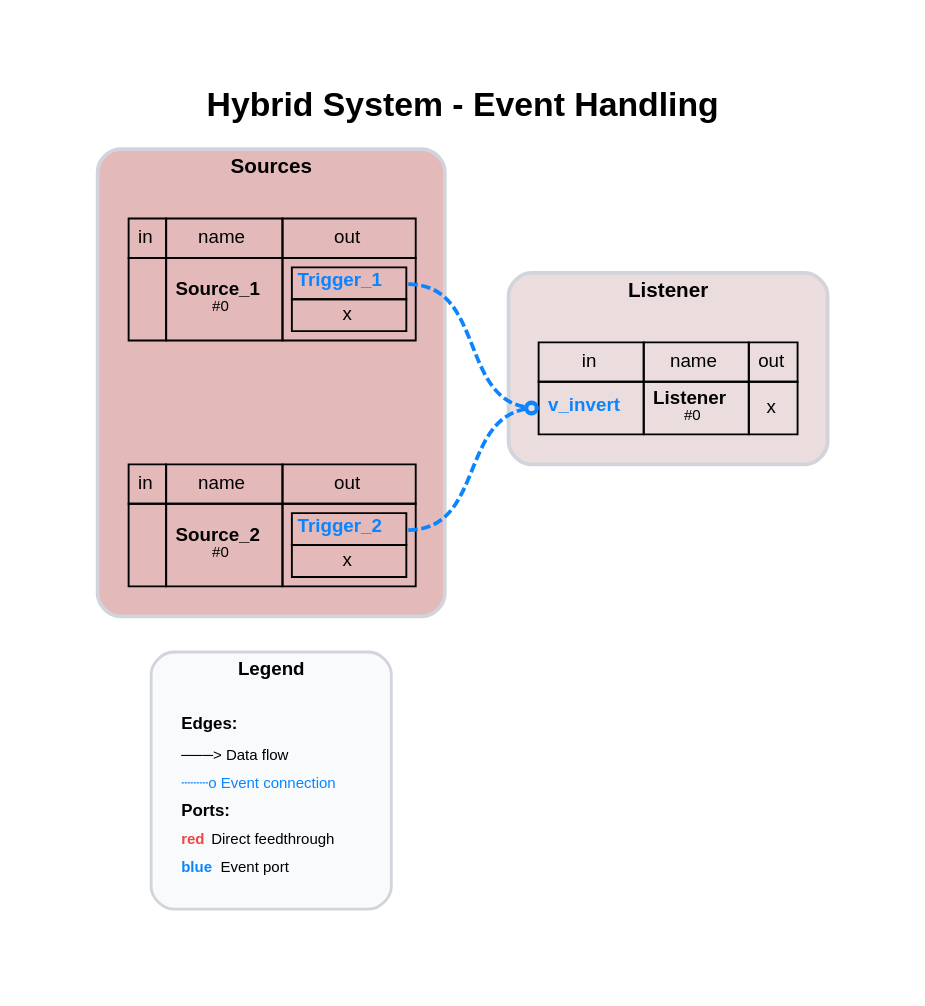
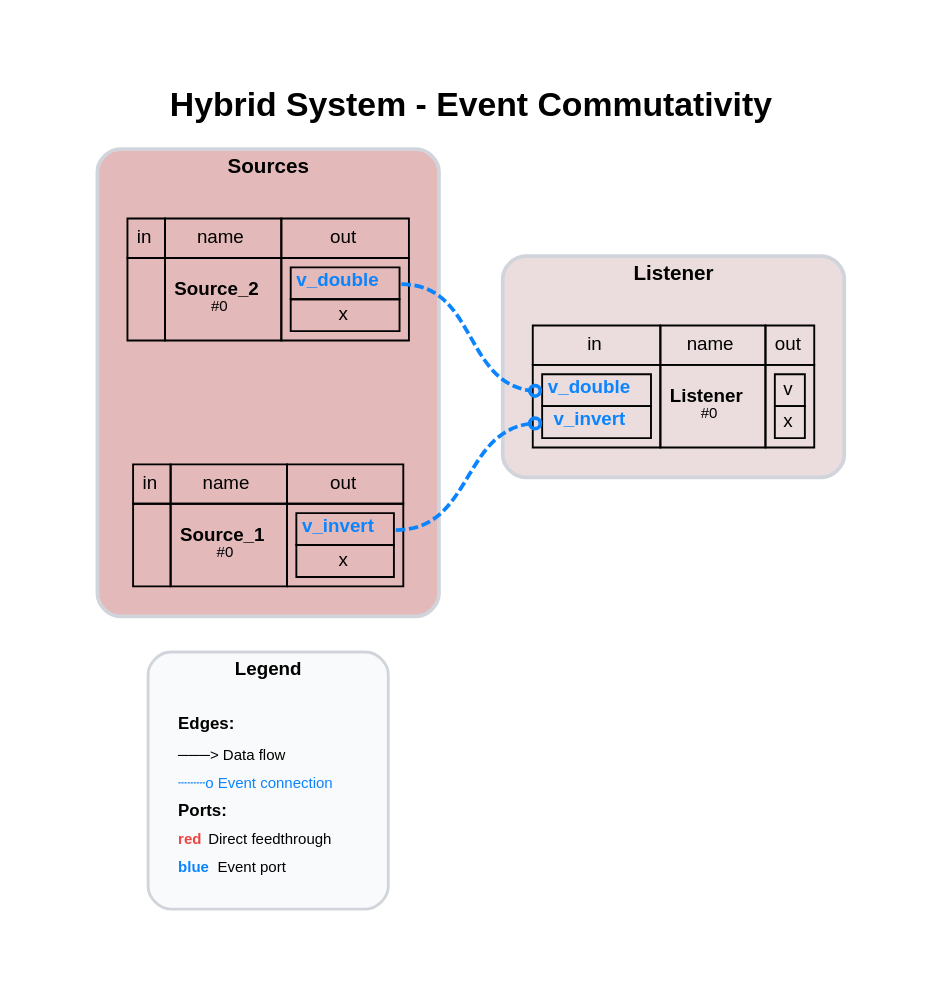
Before and after one commit to FlorianFrech/SystemSimulation: the diagram in demos/ControlledPendulum/MyModels/Hybrid/Digraph.gv, drawn with Graphviz. The commit also changed 24 other files, not shown here.

```diff
--- a/demos/ControlledPendulum/MyModels/Hybrid/Digraph.gv
+++ b/demos/ControlledPendulum/MyModels/Hybrid/Digraph.gv
@@ -1,30 +1,30 @@
-// System: Hybrid System - Event Handling
+// System: Hybrid System - Event Commutativity
 digraph {
-	graph [bgcolor=white compound=true esep=0 fontname="Helvetica-Bold" fontsize=18 label="Hybrid System - Event Handling" labelloc=t margin=0.2 nodesep=0.8 pad=0.5 rankdir=LR ranksep=0.8 sep=0 splines=true]
+	graph [bgcolor=white compound=true esep=0 fontname="Helvetica-Bold" fontsize=18 label="Hybrid System - Event Commutativity" labelloc=t margin=0.2 nodesep=0.8 pad=0.5 rankdir=LR ranksep=0.8 sep=0 splines=true]
 	node [fillcolor=white fontname=Helvetica fontsize=10 margin="0.05,0.05" shape=plaintext style=""]
 	edge [arrowhead=vee arrowsize=0.7 arrowtail=none color="#111827" dir=forward fontname=Helvetica fontsize=10 labelangle=45 labelfontcolor="#374151" minlen=1.2 penwidth=1.2]
 	subgraph cluster_legend {
 		bgcolor="#f9fafb" color="#d1d5db" fontname="Helvetica-Bold" fontsize=10 label=Legend margin=8 penwidth=1.5 rank=sink style=rounded
 		legend_node [label=<
             <TABLE BORDER="0" CELLBORDER="0" CELLSPACING="2" CELLPADDING="2">
                 <TR><TD ALIGN="LEFT"><FONT POINT-SIZE="9"><B>Edges:</B></FONT></TD></TR>
                 <TR><TD ALIGN="LEFT"><FONT POINT-SIZE="8">───&gt; Data flow</FONT></TD></TR>
                 <TR><TD ALIGN="LEFT"><FONT POINT-SIZE="8" COLOR="#0b84ff">┄┄┄o Event connection</FONT></TD></TR>
                 <TR><TD ALIGN="LEFT"><FONT POINT-SIZE="9"><B>Ports:</B></FONT></TD></TR>
                 <TR><TD ALIGN="LEFT"><FONT POINT-SIZE="8" COLOR="#ef4444"><B>red</B></FONT> Direct feedthrough</TD></TR>
                 <TR><TD ALIGN="LEFT"><FONT POINT-SIZE="8" COLOR="#0b84ff"><B>blue</B></FONT> Event port</TD></TR>
             </TABLE>
             > fontsize=8 shape=plaintext]
 	}
 	subgraph cluster_Sources {
 		bgcolor="#e3b9b9" color="#d1d5db" fontname="Helvetica-Bold" fontsize=11 label=Sources margin=12 penwidth=2 style=rounded
-		Source_1 [label=<<TABLE BORDER="0" CELLBORDER="1" CELLSPACING="0" CELLPADDING="4"><TR><TD>in</TD><TD>name</TD><TD>out</TD></TR><TR><TD></TD><TD><B>Source_1</B><BR/><FONT POINT-SIZE="8">#0</FONT></TD><TD><TABLE BORDER="0" CELLBORDER="1" CELLSPACING="0" CELLPADDING="2"><TR><TD PORT="Trigger_1"><FONT COLOR="#0b84ff"><B>Trigger_1</B></FONT></TD></TR><TR><TD PORT="x">x</TD></TR></TABLE></TD></TR></TABLE>>]
-		Source_2 [label=<<TABLE BORDER="0" CELLBORDER="1" CELLSPACING="0" CELLPADDING="4"><TR><TD>in</TD><TD>name</TD><TD>out</TD></TR><TR><TD></TD><TD><B>Source_2</B><BR/><FONT POINT-SIZE="8">#0</FONT></TD><TD><TABLE BORDER="0" CELLBORDER="1" CELLSPACING="0" CELLPADDING="2"><TR><TD PORT="Trigger_2"><FONT COLOR="#0b84ff"><B>Trigger_2</B></FONT></TD></TR><TR><TD PORT="x">x</TD></TR></TABLE></TD></TR></TABLE>>]
+		Source_1 [label=<<TABLE BORDER="0" CELLBORDER="1" CELLSPACING="0" CELLPADDING="4"><TR><TD>in</TD><TD>name</TD><TD>out</TD></TR><TR><TD></TD><TD><B>Source_1</B><BR/><FONT POINT-SIZE="8">#0</FONT></TD><TD><TABLE BORDER="0" CELLBORDER="1" CELLSPACING="0" CELLPADDING="2"><TR><TD PORT="v_invert"><FONT COLOR="#0b84ff"><B>v_invert</B></FONT></TD></TR><TR><TD PORT="x">x</TD></TR></TABLE></TD></TR></TABLE>>]
+		Source_2 [label=<<TABLE BORDER="0" CELLBORDER="1" CELLSPACING="0" CELLPADDING="4"><TR><TD>in</TD><TD>name</TD><TD>out</TD></TR><TR><TD></TD><TD><B>Source_2</B><BR/><FONT POINT-SIZE="8">#0</FONT></TD><TD><TABLE BORDER="0" CELLBORDER="1" CELLSPACING="0" CELLPADDING="2"><TR><TD PORT="v_double"><FONT COLOR="#0b84ff"><B>v_double</B></FONT></TD></TR><TR><TD PORT="x">x</TD></TR></TABLE></TD></TR></TABLE>>]
 	}
 	subgraph cluster_Listener {
 		bgcolor="#ebdddd" color="#d1d5db" fontname="Helvetica-Bold" fontsize=11 label=Listener margin=12 penwidth=2 style=rounded
-		Listener [label=<<TABLE BORDER="0" CELLBORDER="1" CELLSPACING="0" CELLPADDING="4"><TR><TD>in</TD><TD>name</TD><TD>out</TD></TR><TR><TD PORT="v_invert"><FONT COLOR="#0b84ff"><B>v_invert</B></FONT></TD><TD><B>Listener</B><BR/><FONT POINT-SIZE="8">#0</FONT></TD><TD PORT="x">x</TD></TR></TABLE>>]
+		Listener [label=<<TABLE BORDER="0" CELLBORDER="1" CELLSPACING="0" CELLPADDING="4"><TR><TD>in</TD><TD>name</TD><TD>out</TD></TR><TR><TD><TABLE BORDER="0" CELLBORDER="1" CELLSPACING="0" CELLPADDING="2"><TR><TD PORT="v_double"><FONT COLOR="#0b84ff"><B>v_double</B></FONT></TD></TR><TR><TD PORT="v_invert"><FONT COLOR="#0b84ff"><B>v_invert</B></FONT></TD></TR></TABLE></TD><TD><B>Listener</B><BR/><FONT POINT-SIZE="8">#0</FONT></TD><TD><TABLE BORDER="0" CELLBORDER="1" CELLSPACING="0" CELLPADDING="2"><TR><TD PORT="v">v</TD></TR><TR><TD PORT="x">x</TD></TR></TABLE></TD></TR></TABLE>>]
 	}
-	Source_1 -> Listener [label="" arrowhead=odot color="#0b84ff" fontcolor="#0b84ff" headclip=true headport="v_invert:w" penwidth=2.0 style=dashed tailclip=true tailport="Trigger_1:e"]
-	Source_2 -> Listener [label="" arrowhead=odot color="#0b84ff" fontcolor="#0b84ff" headclip=true headport="v_invert:w" penwidth=2.0 style=dashed tailclip=true tailport="Trigger_2:e"]
+	Source_1 -> Listener [label="" arrowhead=odot color="#0b84ff" fontcolor="#0b84ff" headclip=true headport="v_invert:w" penwidth=2.0 style=dashed tailclip=true tailport="v_invert:e"]
+	Source_2 -> Listener [label="" arrowhead=odot color="#0b84ff" fontcolor="#0b84ff" headclip=true headport="v_double:w" penwidth=2.0 style=dashed tailclip=true tailport="v_double:e"]
 }
```
